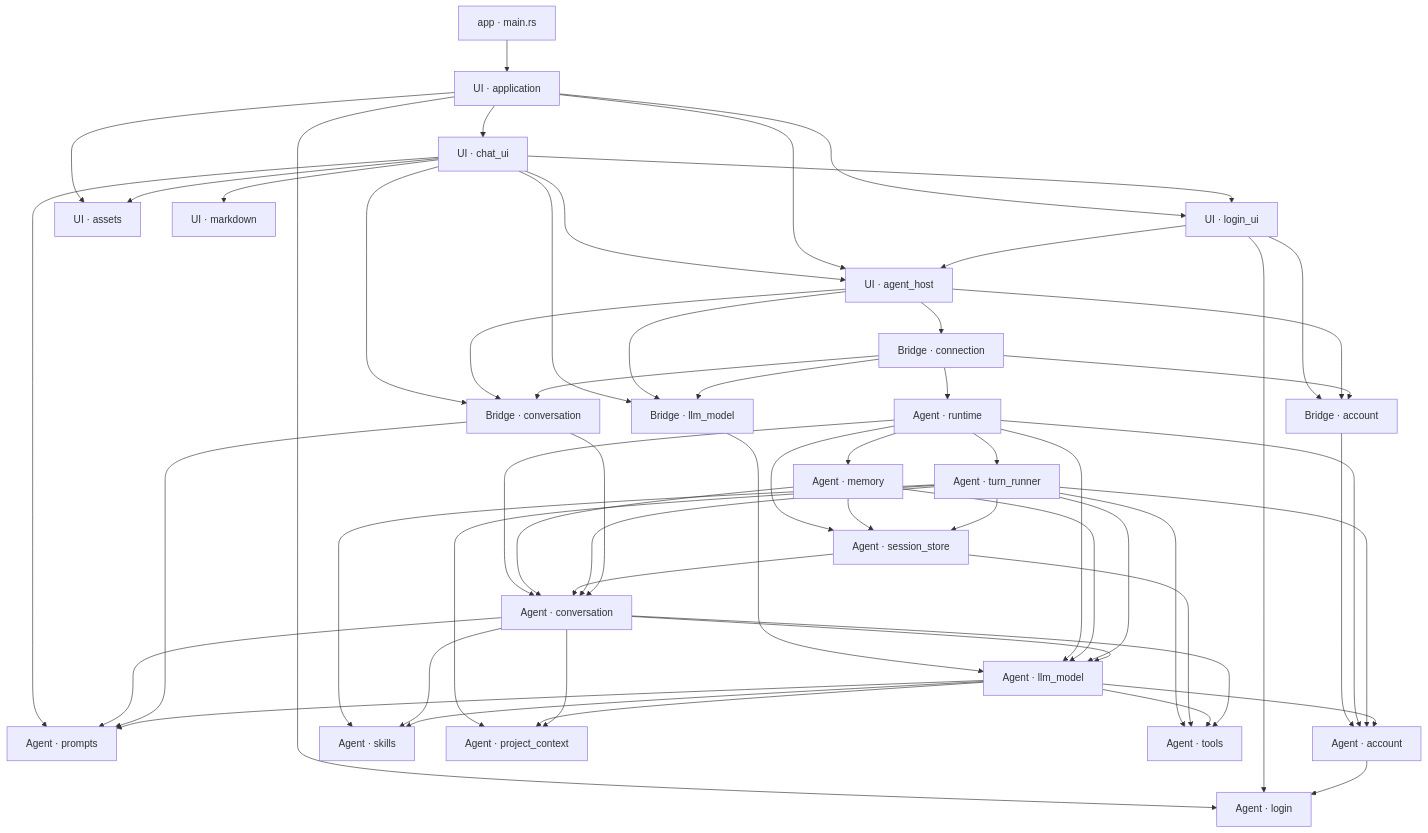
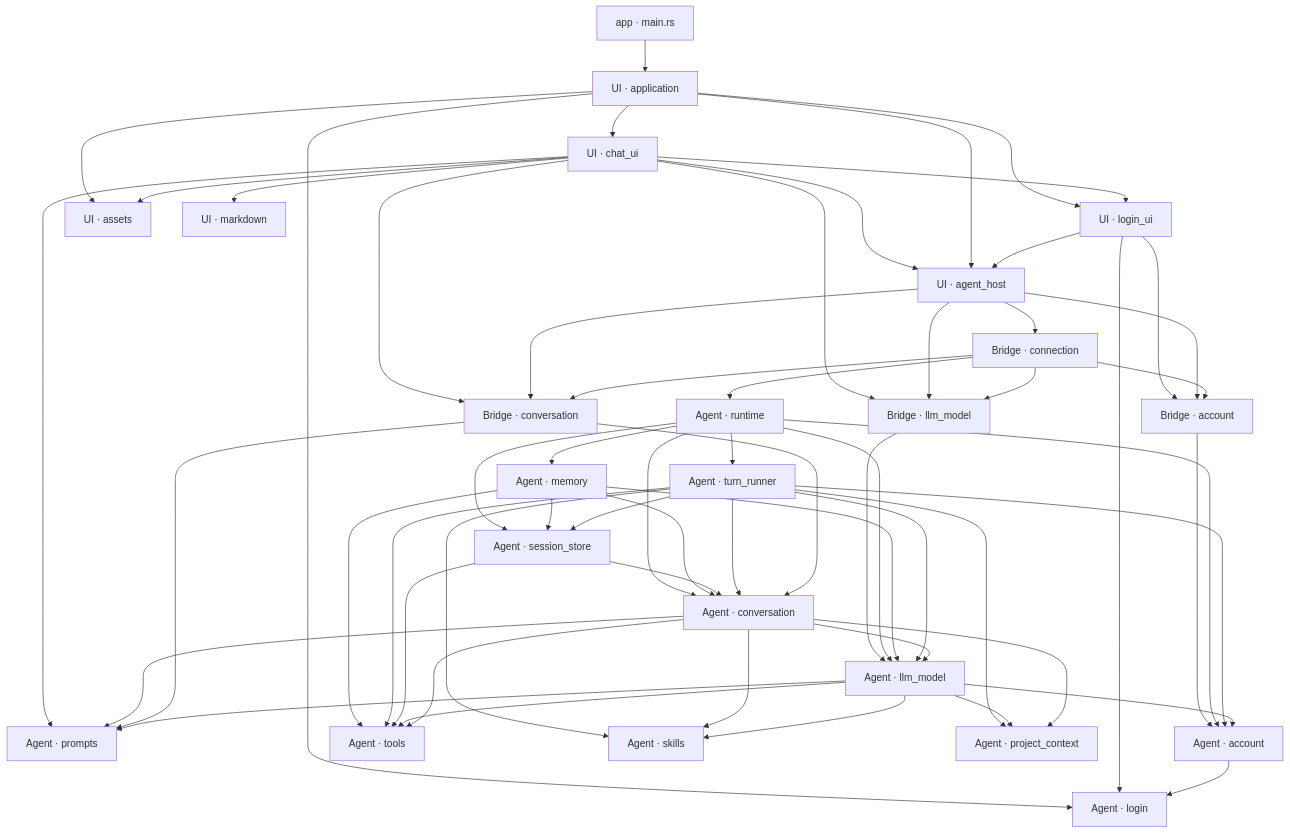
Before and after one commit to slc90/Agentelier: the first of 3 diagrams in docs/design/architecture.md, drawn with Mermaid. The commit also changed other lines of this file and 11 other files, not shown here.

First line of the commit message:
Retrieve published memory through scoped tools

````diff
--- a/docs/design/architecture.md
+++ b/docs/design/architecture.md
@@ -37,60 +37,61 @@
 ```mermaid
 flowchart TD
     Entry["app · main.rs"] --> App["UI · application"]
     App --> UI["UI · login_ui"]
     App --> Assets["UI · assets"]
     App --> Login["Agent · login"]
     UI --> Login
     App --> ChatUI["UI · chat_ui"]
     ChatUI --> Markdown["UI · markdown"]
     ChatUI --> UI
     ChatUI --> Host
     App --> Host["UI · agent_host"]
     UI --> Host
     Host --> Connection["Bridge · connection"]
     UI --> AccountBridge["Bridge · account"]
     ChatUI --> ModelBridge["Bridge · llm_model"]
     ChatUI --> ConversationBridge["Bridge · conversation"]
     ChatUI --> Prompts["Agent · prompts"]
     ChatUI --> Assets
     Host --> AccountBridge
     Host --> ModelBridge
     Host --> ConversationBridge
     Connection --> Runtime["Agent · runtime"]
     Connection --> AccountBridge
     Connection --> ModelBridge
     Connection --> ConversationBridge
     AccountBridge --> Account["Agent · account"]
     ModelBridge --> Model["Agent · llm_model"]
     Runtime --> Account
     Runtime --> Model
     Runtime --> Conversation["Agent · conversation"]
     Runtime --> SessionStore["Agent · session_store"]
     Runtime --> Memory["Agent · memory"]
     Memory --> SessionStore
     Memory --> Conversation
     Memory --> Model
+    Memory --> Tools
     SessionStore --> Conversation
     Runtime --> Runner["Agent · turn_runner"]
     Runner --> Conversation
     Runner --> Skills["Agent · skills"]
     Conversation --> Skills
     Runner --> ProjectContext["Agent · project_context"]
     Runner --> Model
     Runner --> Account
     Runner --> Tools["Agent · tools"]
     Runner --> SessionStore
     SessionStore --> Tools
     Model --> Skills
     Model --> ProjectContext
     Model --> Tools
     Conversation --> Tools
     Conversation --> Model
     Conversation --> Prompts
     Conversation --> ProjectContext
     ConversationBridge --> Conversation
     ConversationBridge --> Prompts
     Model --> Prompts
     Model --> Account
     Account --> Login
 ```
````
